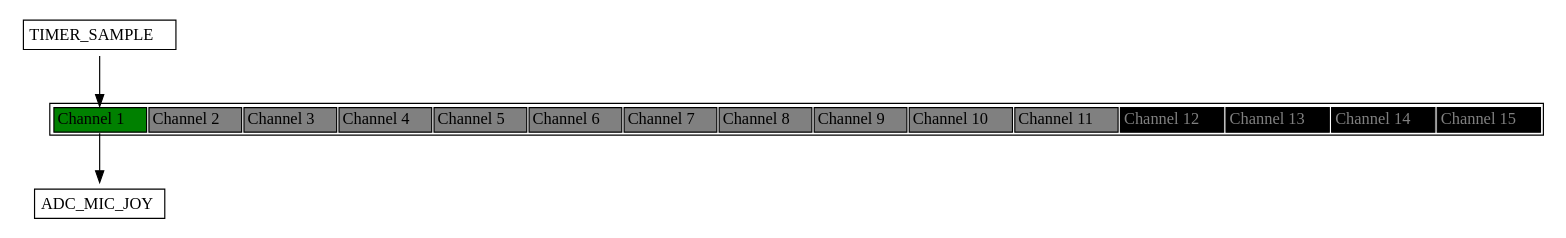
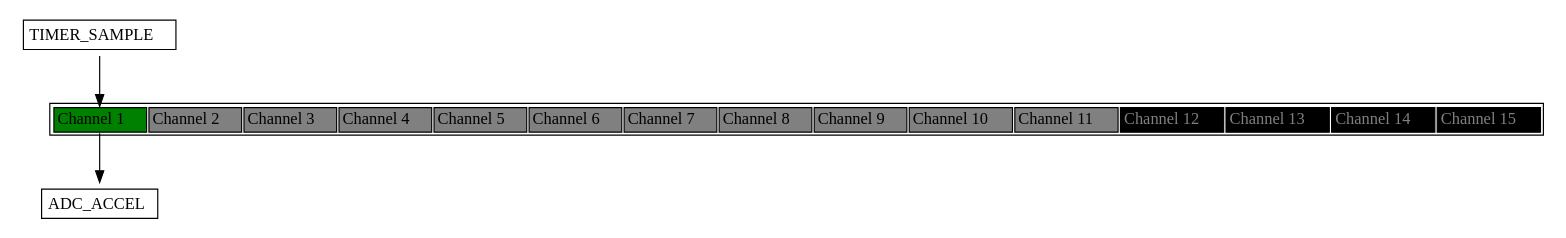
Before and after one commit to obsfeil/Motion_Music_Studio: the diagram in Debug/syscfg/Event.dot, drawn with Graphviz. The commit also changed 18 other files, not shown here.

```diff
--- a/Debug/syscfg/Event.dot
+++ b/Debug/syscfg/Event.dot
@@ -1,47 +1,47 @@
 
 
 digraph H {
 
   parent [
    shape=plaintext
    label=<
      <table border='1' cellborder='1'>
        <tr>
             <td bgcolor="green" port='chan_1'>Channel 1</td>
             <td bgcolor="grey" port='chan_2'>Channel 2</td>
             <td bgcolor="grey" port='chan_3'>Channel 3</td>
             <td bgcolor="grey" port='chan_4'>Channel 4</td>
             <td bgcolor="grey" port='chan_5'>Channel 5</td>
             <td bgcolor="grey" port='chan_6'>Channel 6</td>
             <td bgcolor="grey" port='chan_7'>Channel 7</td>
             <td bgcolor="grey" port='chan_8'>Channel 8</td>
             <td bgcolor="grey" port='chan_9'>Channel 9</td>
             <td bgcolor="grey" port='chan_10'>Channel 10</td>
             <td bgcolor="grey" port='chan_11'>Channel 11</td>
             <td bgcolor="black" port='chan_12'><font color="grey">Channel 12</font></td>
             <td bgcolor="black" port='chan_13'><font color="grey">Channel 13</font></td>
             <td bgcolor="black" port='chan_14'><font color="grey">Channel 14</font></td>
             <td bgcolor="black" port='chan_15'><font color="grey">Channel 15</font></td>
          </tr>
      </table>
   >];
 
 pub_chan_1 [
     shape=plaintext
     label=<
     <table border='1'  cellborder='0'>
       <tr><td>TIMER_SAMPLE</td></tr>
     </table>
     >];
 pub_chan_1 -> parent: chan_1;
 
 sub_chan_1_0 [
   shape=plaintext
   label=<
     <table border='1'  cellborder='0'>
-      <tr><td>ADC_MIC_JOY</td></tr>
+      <tr><td>ADC_ACCEL</td></tr>
     </table>
   >];
 parent: chan_1 -> sub_chan_1_0;
 
 }
```
